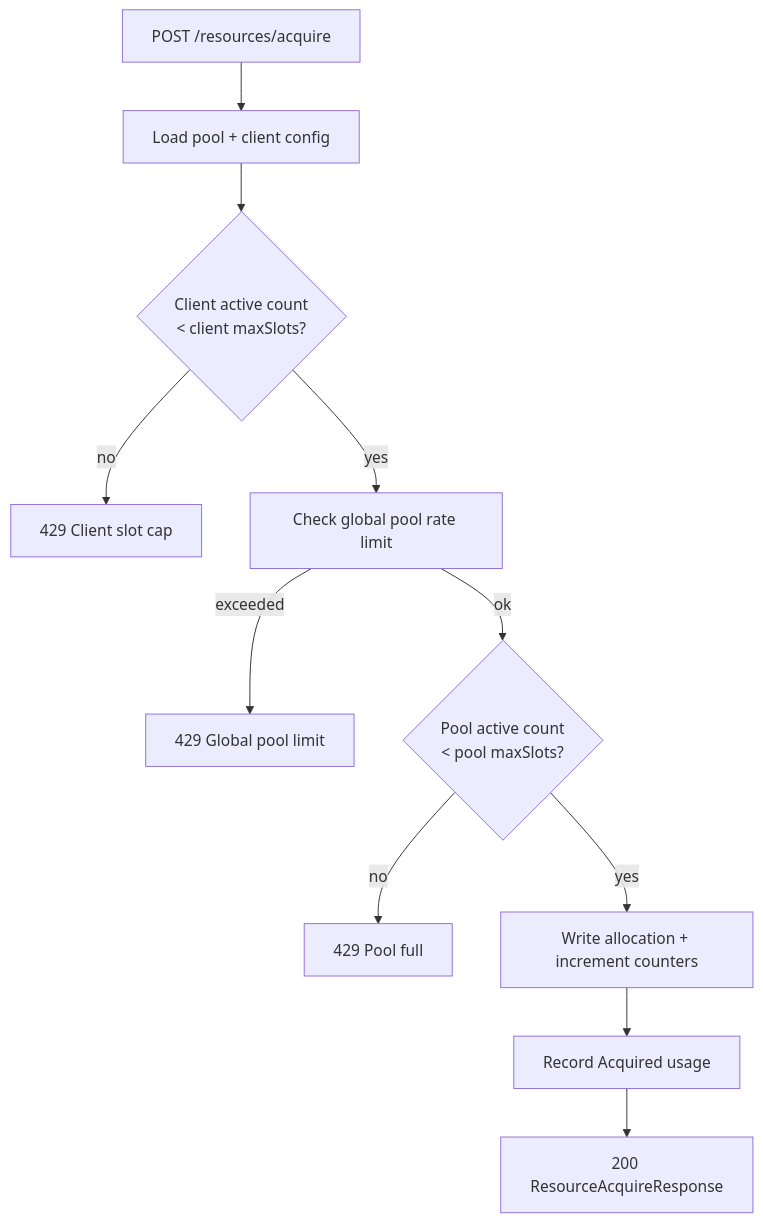
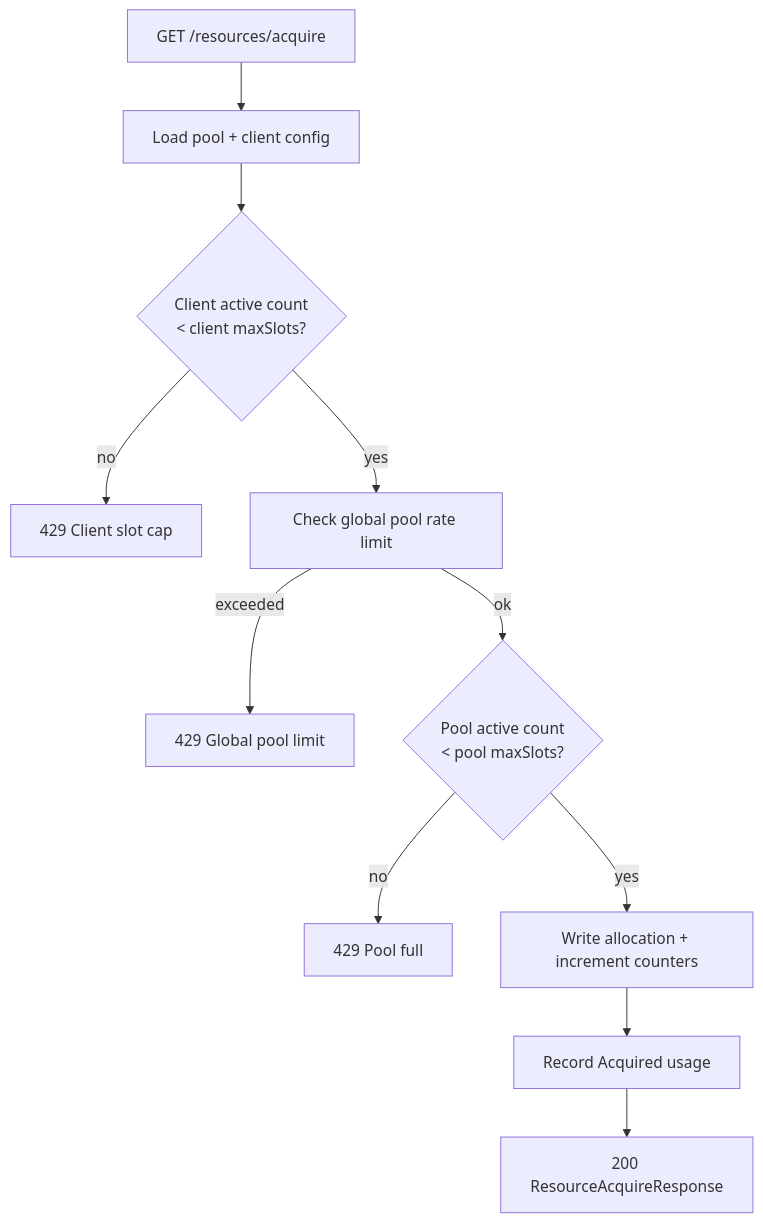
Before and after one commit to ShaharMS/ClientManager: the second of 4 diagrams in docs/core/request-flow.md, drawn with Mermaid. The commit also changed other lines of this file and 12 other files, not shown here.

````diff
--- a/docs/core/request-flow.md
+++ b/docs/core/request-flow.md
@@ -122,13 +116,13 @@
 ```mermaid
 flowchart TD
-    start[POST /resources/acquire] --> load[Load pool + client config]
+    start[GET /resources/acquire] --> load[Load pool + client config]
     load --> clientCap{Client active count<br/>< client maxSlots?}
     clientCap -->|no| e429a[429 Client slot cap]
     clientCap -->|yes| gPool[Check global pool rate limit]
     gPool -->|exceeded| e429b[429 Global pool limit]
     gPool -->|ok| poolCap{Pool active count<br/>< pool maxSlots?}
     poolCap -->|no| e429c[429 Pool full]
     poolCap -->|yes| write[Write allocation + increment counters]
     write --> record[Record Acquired usage]
     record --> ok[200 ResourceAcquireResponse]
 ```
````
